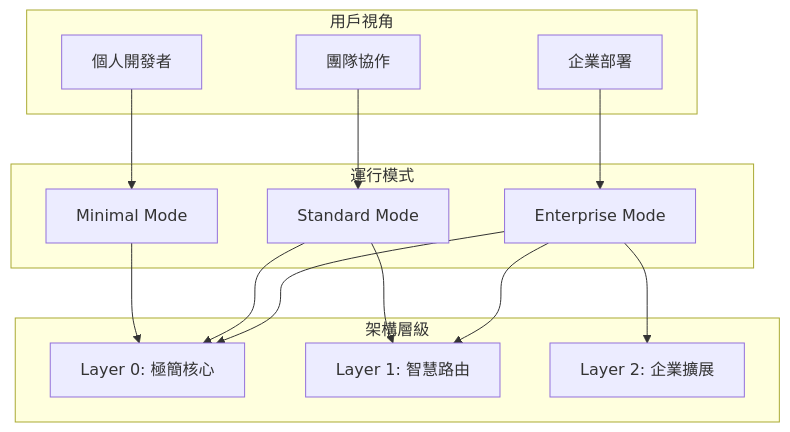
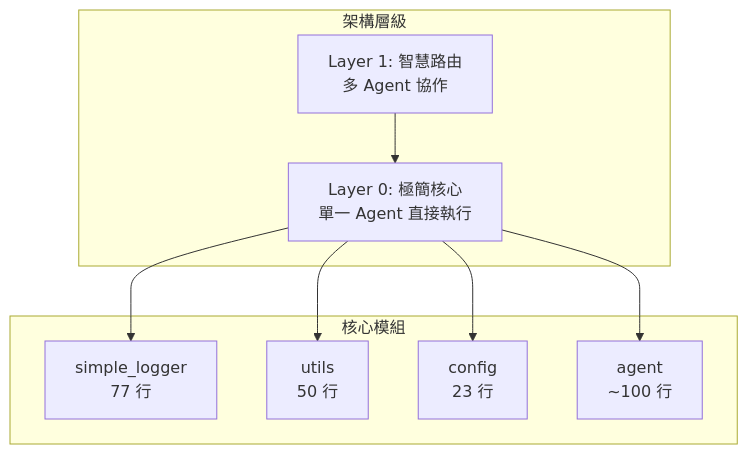
One commit to Zenobia000/core_agentic_brain changed the first of 2 diagrams in docs/project_architecture/01_System_Architecture.md. Above: the diagram before and after it, drawn with Mermaid. The commit also changed other lines of this file and 74 other files, not shown here.

First line of the commit message:
refactor: simplify logging system and restore Kernel architecture

````diff
--- a/docs/project_architecture/01_System_Architecture.md
+++ b/docs/project_architecture/01_System_Architecture.md
@@ -34,24 +34,20 @@
 ```mermaid
 graph TD
-    subgraph "用戶視角"
-        U1[個人開發者]
-        U2[團隊協作]
-        U3[企業部署]
+    subgraph "架構層級"
+        L0[Layer 0: 極簡核心<br/>單一 Agent 直接執行]
+        L1[Layer 1: 智慧路由<br/>多 Agent 協作]
     end
 
-    subgraph "架構層級"
-        L0[Layer 0: 極簡核心]
-        L1[Layer 1: 智慧路由]
-        L2[Layer 2: 企業擴展]
+    subgraph "核心模組"
+        C1[simple_logger<br/>77 行]
+        C2[utils<br/>50 行]
+        C3[config<br/>23 行]
+        C4[agent<br/>~100 行]
     end
 
-    subgraph "運行模式"
-        M1[Minimal Mode]
-        M2[Standard Mode]
-        M3[Enterprise Mode]
-    end
-
-    U1 --> M1 --> L0
-    U2 --> M2 --> L0 & L1
-    U3 --> M3 --> L0 & L1 & L2
+    L0 --> C1
+    L0 --> C2
+    L0 --> C3
+    L0 --> C4
+    L1 --> L0
 ```
````
